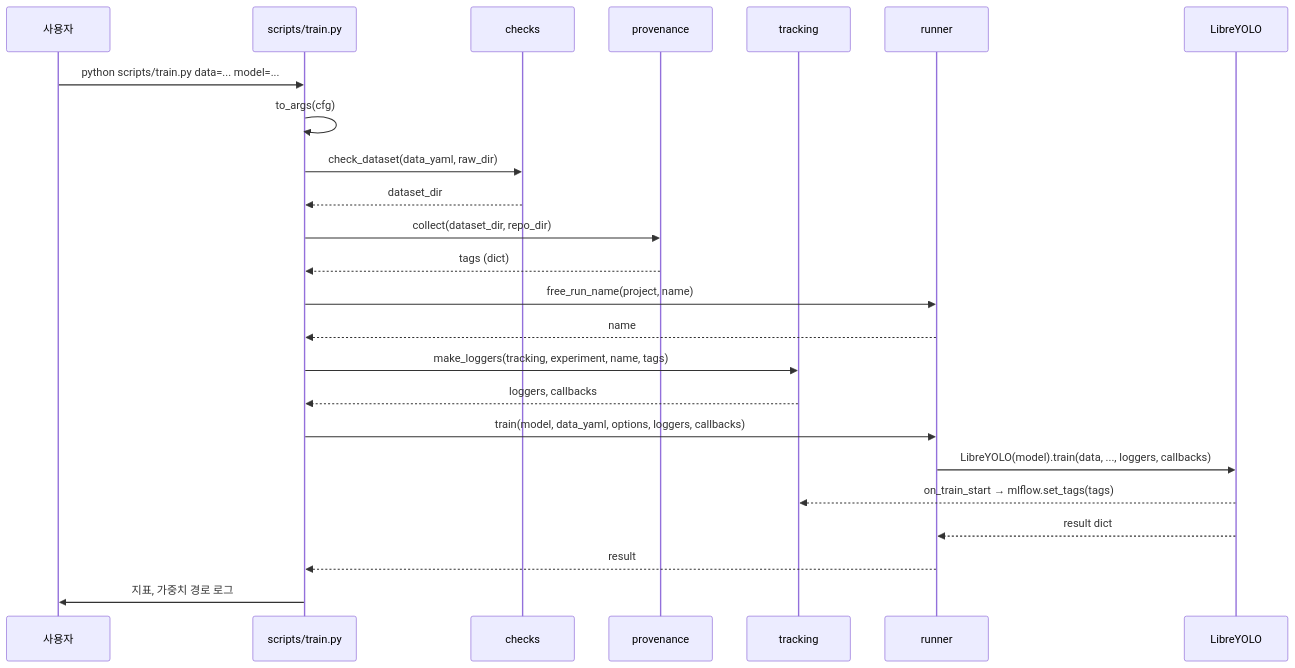
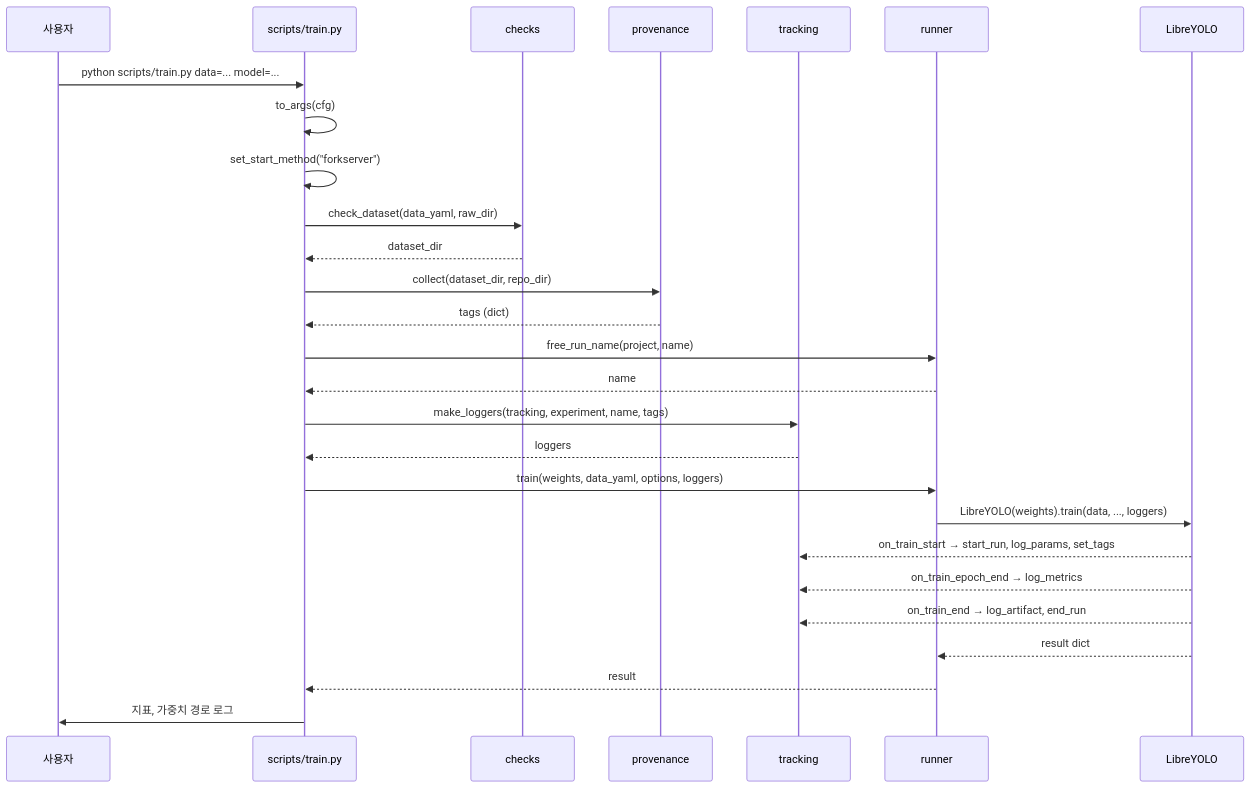
The second of 4 diagrams in docs/wiki/phase_1/analyses/training-architecture.md (wjseogur1234/vision-lab), drawn with Mermaid before and after one commit. The commit also changed other lines of this file and 2 other files, not shown here.

First line of the commit message:
docs(wiki): MLflow 시험 결과를 학습 구조 설계에 반영한다

````diff
--- a/docs/wiki/phase_1/analyses/training-architecture.md
+++ b/docs/wiki/phase_1/analyses/training-architecture.md
@@ -130,26 +138,29 @@
 ```mermaid
 sequenceDiagram
     participant U as 사용자
     participant S as scripts/train.py
     participant CK as checks
     participant P as provenance
     participant T as tracking
     participant R as runner
     participant L as LibreYOLO
     U->>S: python scripts/train.py data=... model=...
     S->>S: to_args(cfg)
+    S->>S: set_start_method("forkserver")
     S->>CK: check_dataset(data_yaml, raw_dir)
     CK-->>S: dataset_dir
     S->>P: collect(dataset_dir, repo_dir)
     P-->>S: tags (dict)
     S->>R: free_run_name(project, name)
     R-->>S: name
     S->>T: make_loggers(tracking, experiment, name, tags)
-    T-->>S: loggers, callbacks
-    S->>R: train(model, data_yaml, options, loggers, callbacks)
-    R->>L: LibreYOLO(model).train(data, ..., loggers, callbacks)
-    L-->>T: on_train_start → mlflow.set_tags(tags)
+    T-->>S: loggers
+    S->>R: train(weights, data_yaml, options, loggers)
+    R->>L: LibreYOLO(weights).train(data, ..., loggers)
+    L-->>T: on_train_start → start_run, log_params, set_tags
+    L-->>T: on_train_epoch_end → log_metrics
+    L-->>T: on_train_end → log_artifact, end_run
     L-->>R: result dict
     R-->>S: result
     S->>U: 지표, 가중치 경로 로그
 ```
````
